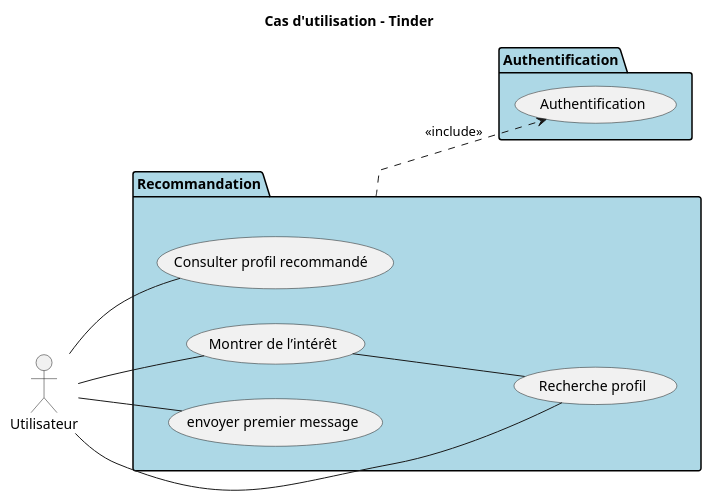
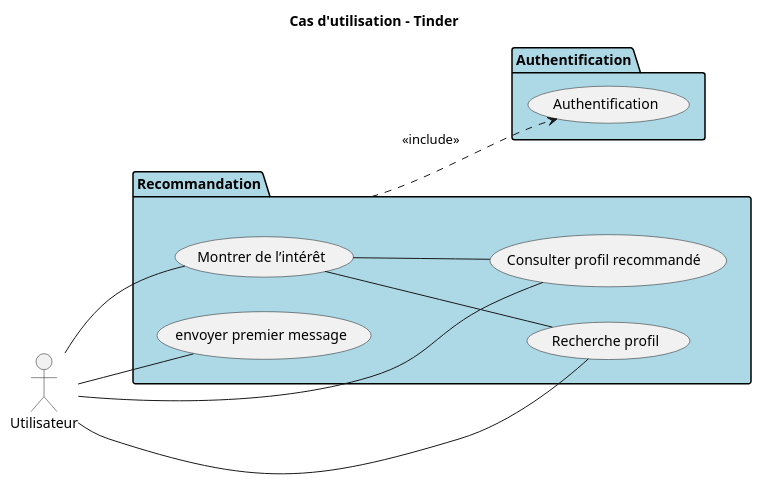
One commit to MinaroliCorentin/PSO changed the diagram in src/Projet_Tinder_Cas_Utilisation_Recommandation.puml. Above: the diagram before and after it, drawn with PlantUML. The commit also changed 19 other files, not shown here.

Commit message:
Diagramme de séquence de Authentifier et config Utilisateur

```diff
--- a/src/Projet_Tinder_Cas_Utilisation_Recommandation.puml
+++ b/src/Projet_Tinder_Cas_Utilisation_Recommandation.puml
@@ -1,31 +1,32 @@
 @startuml
 
 left to right direction
 title Cas d'utilisation - Tinder
 
 actor Utilisateur
 
 package "Authentification" #LightBlue {
 
     usecase "Authentification" as auth
 
 }
 
 package "Recommandation" #LightBlue {
 
     usecase "Consulter profil recommandé " as reco_consultation
     usecase "Recherche profil" as reco_recherche
     usecase "Montrer de l’intérêt" as reco_interet
     usecase "envoyer premier message" as reco_message
 
     Utilisateur -- reco_message
     Utilisateur -- reco_consultation
     Utilisateur -- reco_interet
     Utilisateur -- reco_recherche
     reco_interet -- reco_recherche
+    reco_interet -- reco_consultation
 
 }
 
 "Recommandation" ..> auth : <<include>>
 
 @enduml
```
